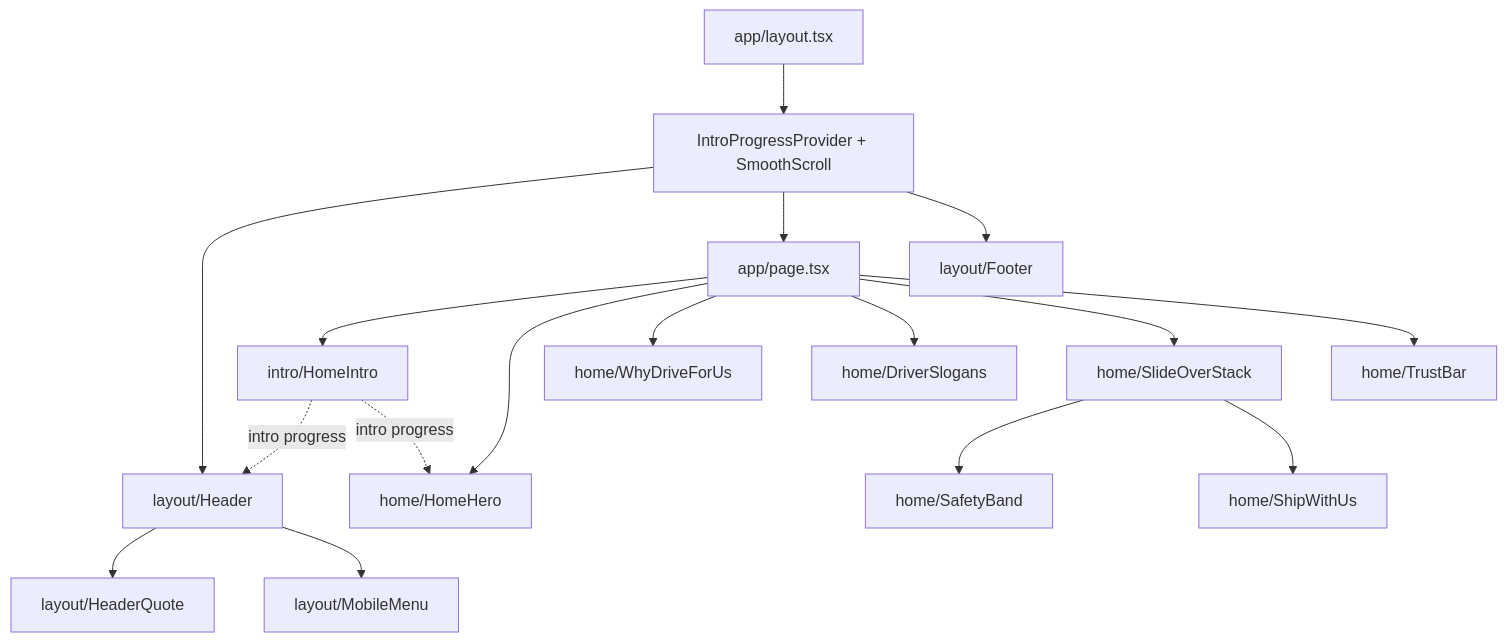
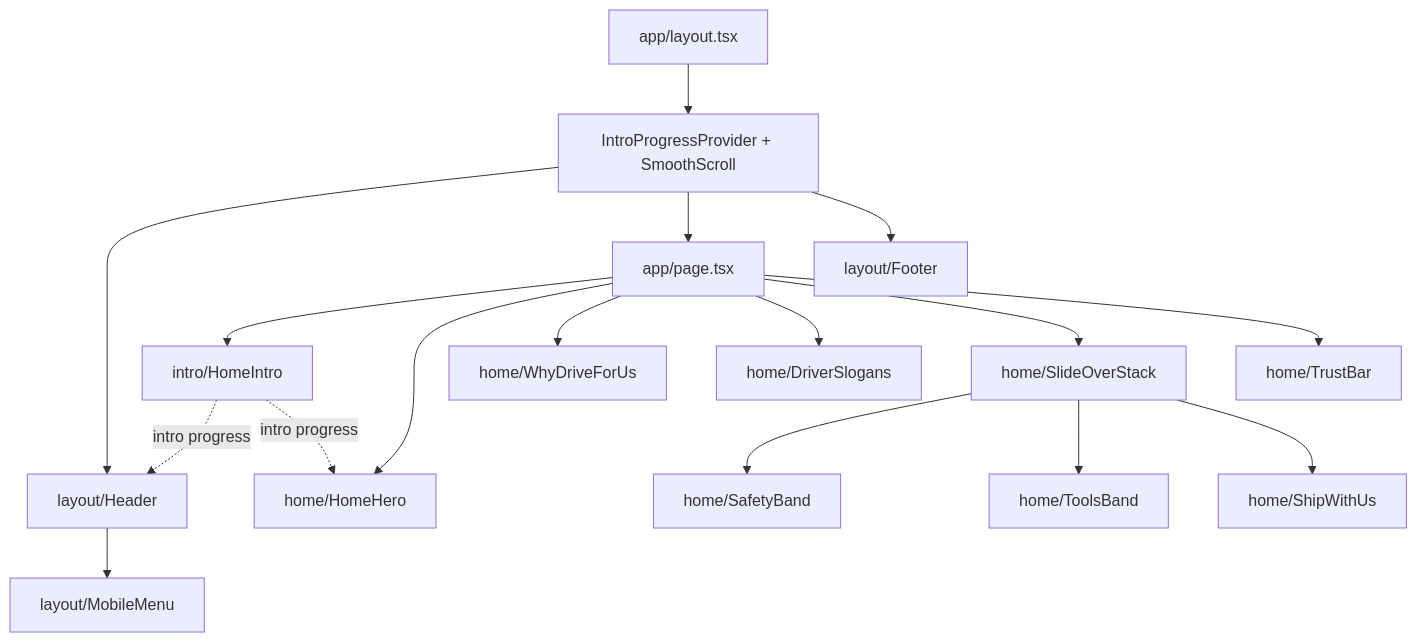
One commit to stadlerv3311/laughing-dollop changed the diagram in docs/NAVIGATION.md. Above: the diagram before and after it, drawn with Mermaid. The commit also changed other lines of this file and 25 other files, not shown here.

````diff
--- a/docs/NAVIGATION.md
+++ b/docs/NAVIGATION.md
@@ -62,19 +62,19 @@
 ```mermaid
 flowchart TD
   Layout["app/layout.tsx"] --> Providers["IntroProgressProvider + SmoothScroll"]
   Providers --> Header["layout/Header"]
   Providers --> Page["app/page.tsx"]
   Providers --> Footer["layout/Footer"]
-  Header --> HeaderQuote["layout/HeaderQuote"]
   Header --> MobileMenu["layout/MobileMenu"]
   Page --> HomeIntro["intro/HomeIntro"]
   Page --> HomeHero["home/HomeHero"]
   Page --> WhyDriveForUs["home/WhyDriveForUs"]
   Page --> DriverSlogans["home/DriverSlogans"]
   Page --> SlideOverStack["home/SlideOverStack"]
   SlideOverStack --> SafetyBand["home/SafetyBand"]
+  SlideOverStack --> ToolsBand["home/ToolsBand"]
   SlideOverStack --> ShipWithUs["home/ShipWithUs"]
   Page --> TrustBar["home/TrustBar"]
   HomeIntro -. "intro progress" .-> Header
   HomeIntro -. "intro progress" .-> HomeHero
 ```
````
